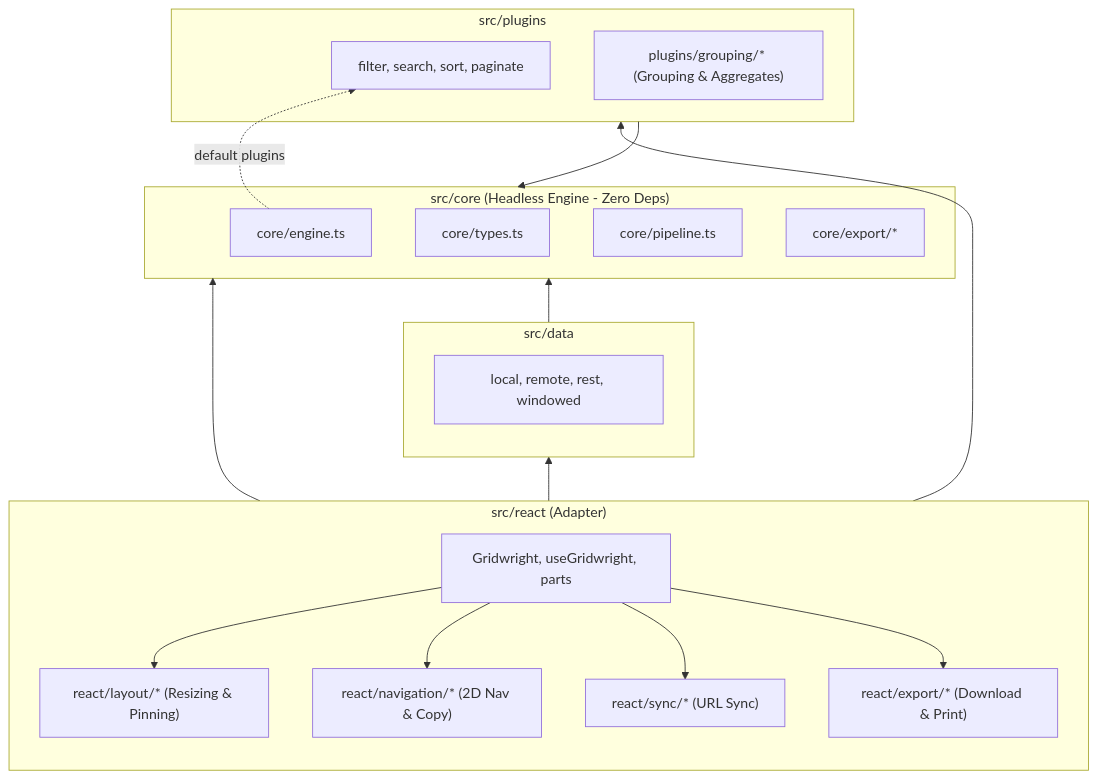
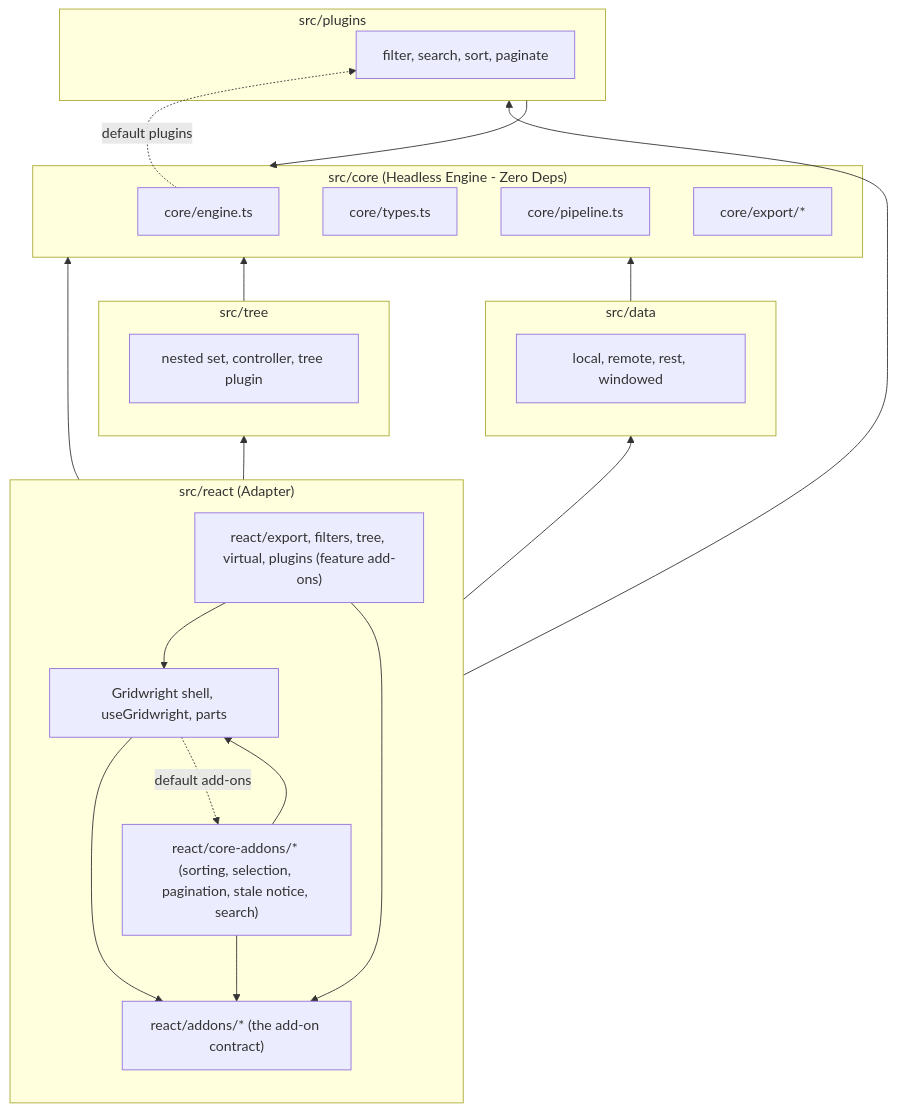
The first of 2 diagrams in specs/DEPENDENCY_MAP.md (yaotzin1/apsw-gridwright), drawn with Mermaid before and after one commit. The commit also changed other lines of this file and 201 other files, not shown here.

First line of the commit message:
feat(react)!: every feature is an add-on, column filters, and a security gate with no exceptions (#7)

````diff
--- a/specs/DEPENDENCY_MAP.md
+++ b/specs/DEPENDENCY_MAP.md
@@ -7,35 +7,44 @@
 ```mermaid
 graph BT
     subgraph ReactLayer["src/react (Adapter)"]
-        Gridwright["Gridwright, useGridwright, parts"]
-        LayoutMod["react/layout/* (Resizing & Pinning)"]
-        NavMod["react/navigation/* (2D Nav & Copy)"]
-        SyncMod["react/sync/* (URL Sync)"]
-        ExportMod["react/export/* (Download & Print)"]
-        
-        Gridwright --> LayoutMod & NavMod & SyncMod & ExportMod
+        Shell["Gridwright shell, useGridwright, parts"]
+        Contract["react/addons/* (the add-on contract)"]
+        CoreAddons["react/core-addons/* (sorting, selection, pagination, stale notice, search)"]
+        FeatureAddons["react/export, filters, tree, virtual, plugins (feature add-ons)"]
+
+        Shell --> Contract
+        Shell -. "default add-ons" .-> CoreAddons
+        CoreAddons --> Contract
+        FeatureAddons --> Contract
+        CoreAddons --> Shell
+        FeatureAddons --> Shell
     end
 
     subgraph PluginsLayer["src/plugins"]
         BuiltinPlugins["filter, search, sort, paginate"]
-        GroupingPlugin["plugins/grouping/* (Grouping & Aggregates)"]
+    end
+
+    subgraph TreeLayer["src/tree"]
+        TreeCore["nested set, controller, tree plugin"]
     end
 
     subgraph DataLayer["src/data"]
         DataSources["local, remote, rest, windowed"]
     end
 
     subgraph CoreLayer["src/core (Headless Engine - Zero Deps)"]
         Engine["core/engine.ts"]
         CoreTypes["core/types.ts"]
         Pipeline["core/pipeline.ts"]
         CoreExport["core/export/*"]
     end
 
     ReactLayer --> CoreLayer
     PluginsLayer --> CoreLayer
+    TreeLayer --> CoreLayer
     DataLayer --> CoreLayer
     ReactLayer --> PluginsLayer
+    ReactLayer --> TreeLayer
     ReactLayer --> DataLayer
     Engine -. "default plugins" .-> BuiltinPlugins
 ```
````
